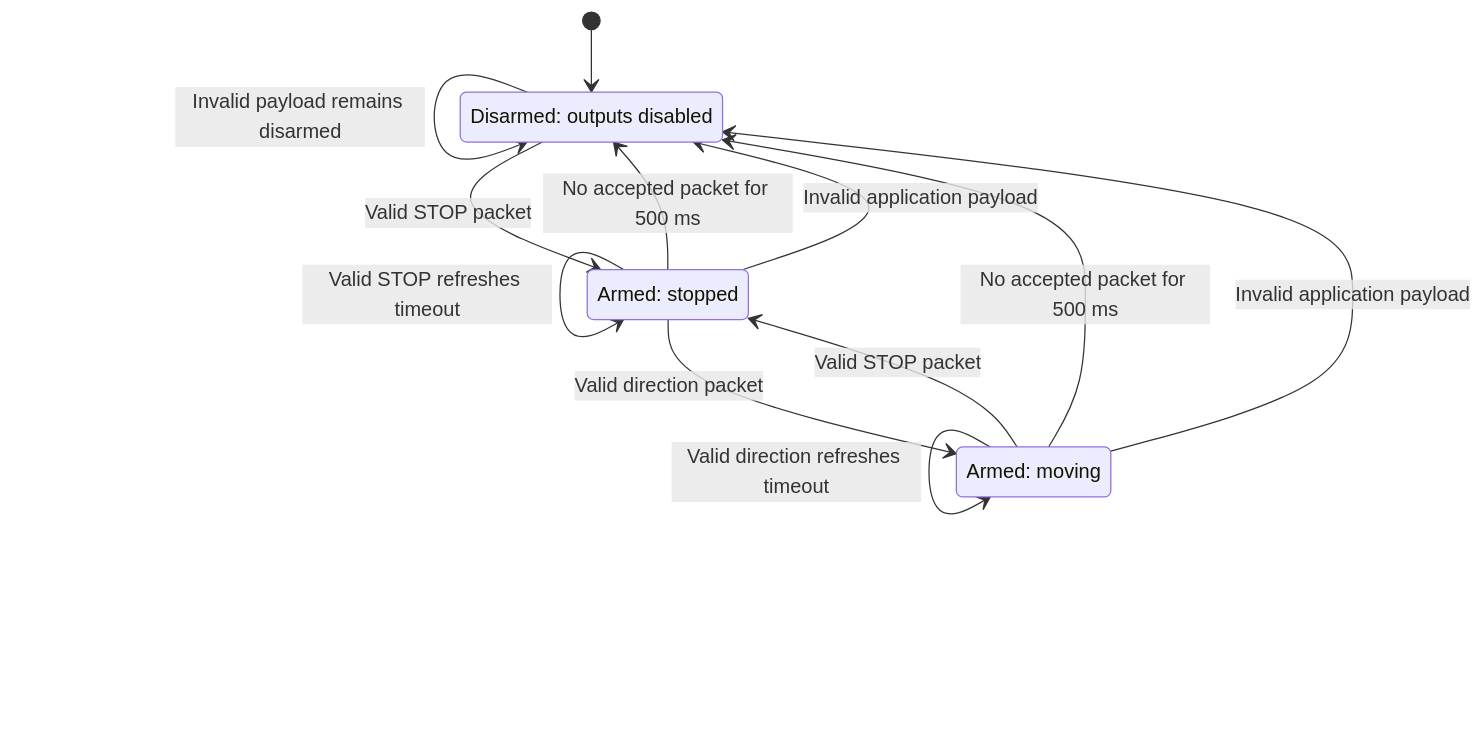
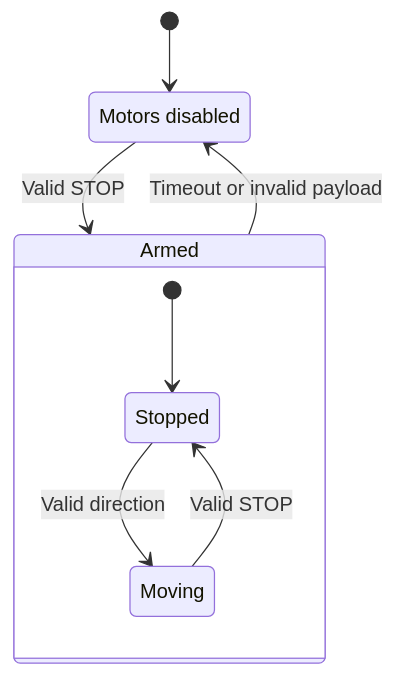
The fourth of 6 diagrams in README.md (arshi9854/Hand-Gestured-Controlled-Bot), drawn with Mermaid before and after one commit. The commit also changed other lines of this file, not shown here.

Commit message:
Simplify command sequence and receiver state Mermaid diagrams

````diff
--- a/README.md
+++ b/README.md
@@ -115,18 +105,15 @@
 ```mermaid
 stateDiagram-v2
-    state "Disarmed: outputs disabled" as Disarmed
-    state "Armed: stopped" as Ready
-    state "Armed: moving" as Moving
+    direction TB
     [*] --> Disarmed
-    Disarmed --> Disarmed: Movement packet ignored
-    Disarmed --> Ready: Valid STOP packet
-    Ready --> Ready: Valid STOP refreshes timeout
-    Ready --> Moving: Valid direction packet
-    Moving --> Moving: Valid direction refreshes timeout
-    Moving --> Ready: Valid STOP packet
-    Ready --> Disarmed: No accepted packet for 500 ms
-    Moving --> Disarmed: No accepted packet for 500 ms
-    Ready --> Disarmed: Invalid application payload
-    Moving --> Disarmed: Invalid application payload
-    Disarmed --> Disarmed: Invalid payload remains disarmed
+    Disarmed: Motors disabled
+    Disarmed --> Armed: Valid STOP
+
+    state Armed {
+        [*] --> Stopped
+        Stopped --> Moving: Valid direction
+        Moving --> Stopped: Valid STOP
+    }
+
+    Armed --> Disarmed: Timeout or invalid payload
 ```
````
